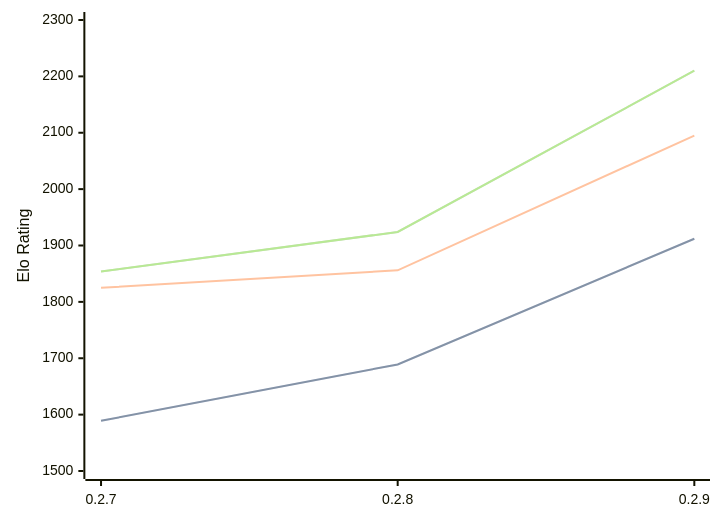
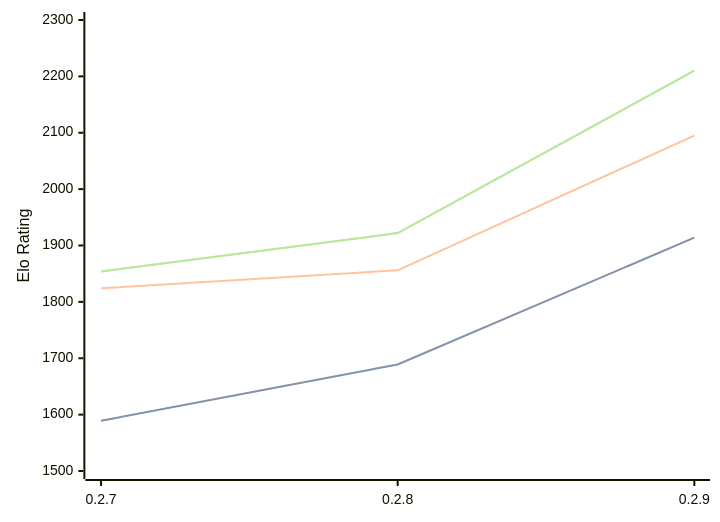
The first of 3 diagrams in engines/Dual.md (computer-chess-index/cci), drawn with Mermaid before and after one commit. The commit also changed other lines of this file, not shown here.

Commit message:
Update CCI Ratings (ELO VLTC) - 2026-06-30

````diff
--- a/engines/Dual.md
+++ b/engines/Dual.md
@@ -42,11 +42,11 @@
 ```mermaid
 %%{init: {"theme":"base","themeVariables":{"seriesColors:['#a3a3a3','#222221','#faa371']}}}%%
 xychart-beta
   x-axis ["0.2.7", "0.2.8", "0.2.9"]
   y-axis "Elo Rating" 1500 --> 2300
-  line "STC (8.0+0.08s)" [1589, 1689, 1912]
-  line "STC (8.0+0.08s)" [1589, 1689, 1912]
-  line "LTC (60.0+0.60s)" [1825, 1856, 2095]
-  line "VLTC (2m24s+1.12s)" [1854, 1924, 2210]
-  line "VLTC (2m24s+1.12s)" [1854, 1924, 2210]
+  line "STC (8.0+0.08s)" [1589, 1689, 1914]
+  line "STC (8.0+0.08s)" [1589, 1689, 1914]
+  line "LTC (60.0+0.60s)" [1824, 1856, 2095]
+  line "VLTC (2m24s+1.12s)" [1854, 1922, 2210]
+  line "VLTC (2m24s+1.12s)" [1854, 1922, 2210]
 ```
````
